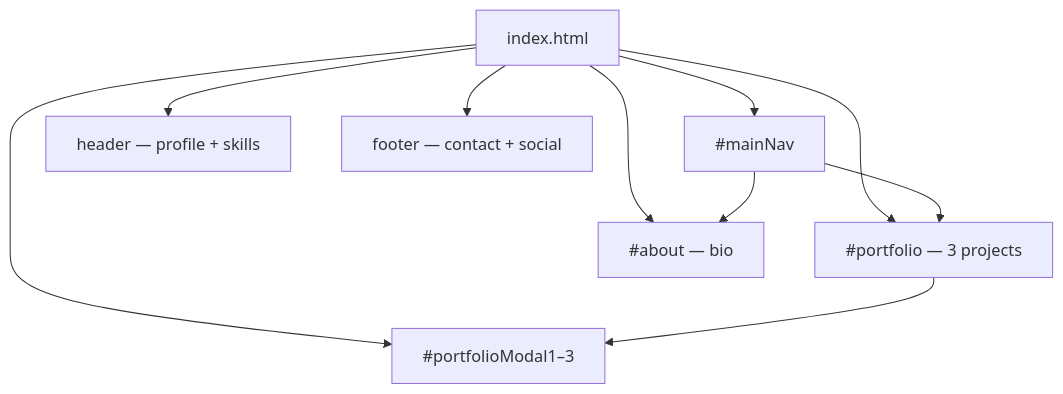
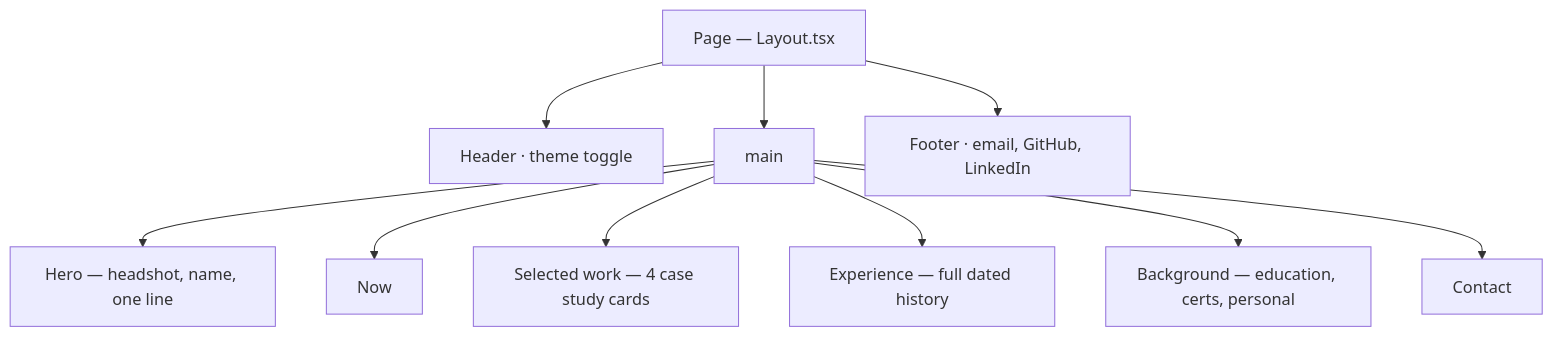
The third of 3 diagrams in README.md (naz-mul/naz-mul.github.io), drawn with Mermaid before and after one commit. The commit also changed other lines of this file and 101 other files, not shown here.

````diff
--- a/README.md
+++ b/README.md
@@ -43,13 +85,12 @@
 ```mermaid
 flowchart TD
-    HTML["index.html"]
-    HTML --> Nav["#mainNav"]
-    HTML --> Header["header — profile + skills"]
-    HTML --> Portfolio["#portfolio — 3 projects"]
-    HTML --> About["#about — bio"]
-    HTML --> Footer["footer — contact + social"]
-    HTML --> Modals["#portfolioModal1–3"]
-    Portfolio --> Modals
-    Nav --> Portfolio
-    Nav --> About
+    Page["Page — Layout.tsx"] --> Header["Header · theme toggle"]
+    Page --> Main["main"]
+    Page --> Footer["Footer · email, GitHub, LinkedIn"]
+    Main --> Hero["Hero — headshot, name, one line"]
+    Main --> Now["Now"]
+    Main --> Work["Selected work — 4 case study cards"]
+    Main --> Exp["Experience — full dated history"]
+    Main --> Bg["Background — education, certs, personal"]
+    Main --> Contact["Contact"]
 ```
````
